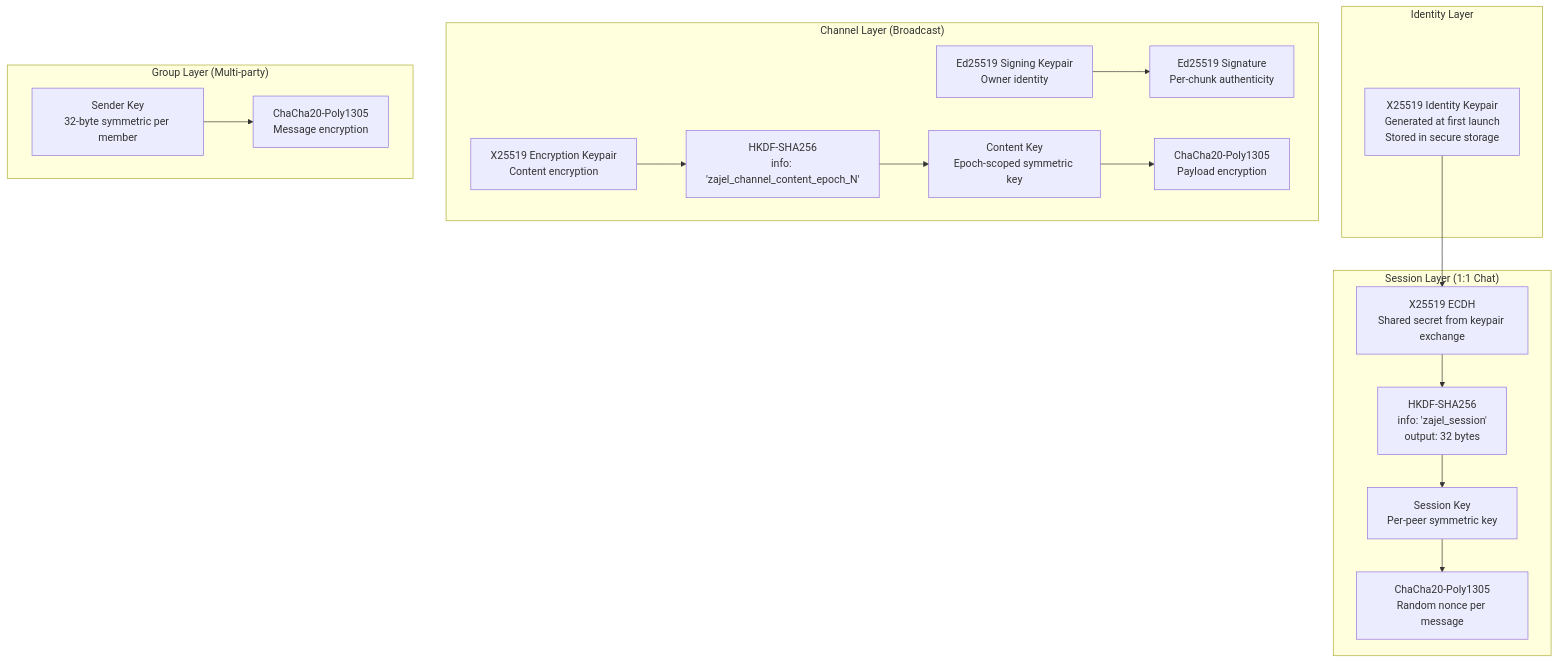
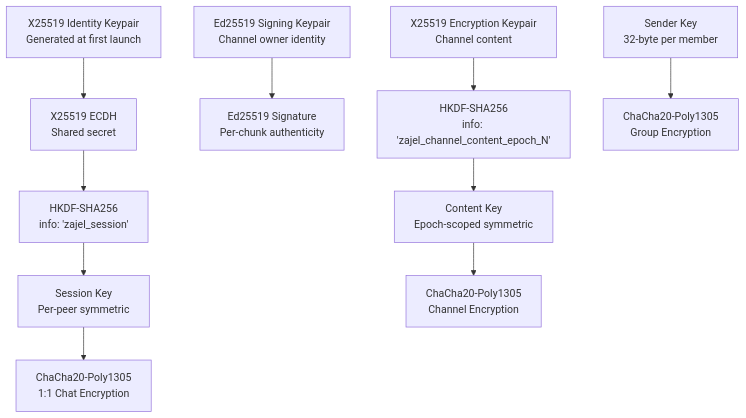
Before and after one commit to Hamza-Labs-Core/zajel: the diagram in packages/wiki/Security-Architecture.md, drawn with Mermaid. The commit also changed 15 other files, not shown here.

````diff
--- a/packages/wiki/Security-Architecture.md
+++ b/packages/wiki/Security-Architecture.md
@@ -9,39 +9,14 @@
 ```mermaid
 graph TD
-    subgraph "Identity Layer"
-        IK[X25519 Identity Keypair<br/>Generated at first launch<br/>Stored in secure storage]
-    end
+    IK["X25519 Identity Keypair<br/>Generated at first launch"] --> ECDH["X25519 ECDH<br/>Shared secret"]
+    ECDH --> HKDF1["HKDF-SHA256<br/>info: 'zajel_session'"]
+    HKDF1 --> SK["Session Key<br/>Per-peer symmetric"]
+    SK --> CC1["ChaCha20-Poly1305<br/>1:1 Chat Encryption"]
 
-    subgraph "Session Layer (1:1 Chat)"
-        ECDH[X25519 ECDH<br/>Shared secret from keypair exchange]
-        HKDF1[HKDF-SHA256<br/>info: 'zajel_session'<br/>output: 32 bytes]
-        SK[Session Key<br/>Per-peer symmetric key]
-        CC1[ChaCha20-Poly1305<br/>Random nonce per message]
-    end
+    CSK["Ed25519 Signing Keypair<br/>Channel owner identity"] --> SIG["Ed25519 Signature<br/>Per-chunk authenticity"]
+    CEK["X25519 Encryption Keypair<br/>Channel content"] --> HKDF2["HKDF-SHA256<br/>info: 'zajel_channel_content_epoch_N'"]
+    HKDF2 --> CK["Content Key<br/>Epoch-scoped symmetric"]
+    CK --> CC2["ChaCha20-Poly1305<br/>Channel Encryption"]
 
-    subgraph "Channel Layer (Broadcast)"
-        CSK[Ed25519 Signing Keypair<br/>Owner identity]
-        CEK[X25519 Encryption Keypair<br/>Content encryption]
-        HKDF2[HKDF-SHA256<br/>info: 'zajel_channel_content_epoch_N']
-        CK[Content Key<br/>Epoch-scoped symmetric key]
-        CC2[ChaCha20-Poly1305<br/>Payload encryption]
-        SIG[Ed25519 Signature<br/>Per-chunk authenticity]
-    end
-
-    subgraph "Group Layer (Multi-party)"
-        GSK[Sender Key<br/>32-byte symmetric per member]
-        CC3[ChaCha20-Poly1305<br/>Message encryption]
-    end
-
-    IK --> ECDH
-    ECDH --> HKDF1
-    HKDF1 --> SK
-    SK --> CC1
-
-    CSK --> SIG
-    CEK --> HKDF2
-    HKDF2 --> CK
-    CK --> CC2
-
-    GSK --> CC3
+    GSK["Sender Key<br/>32-byte per member"] --> CC3["ChaCha20-Poly1305<br/>Group Encryption"]
 ```
````
